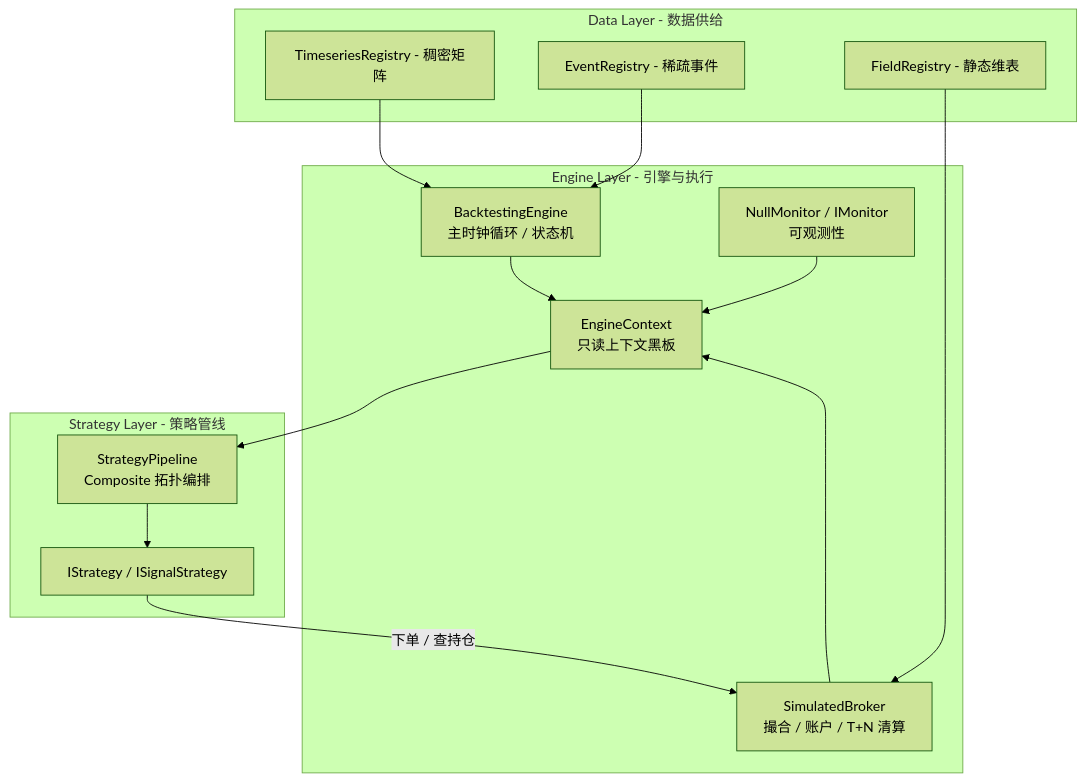
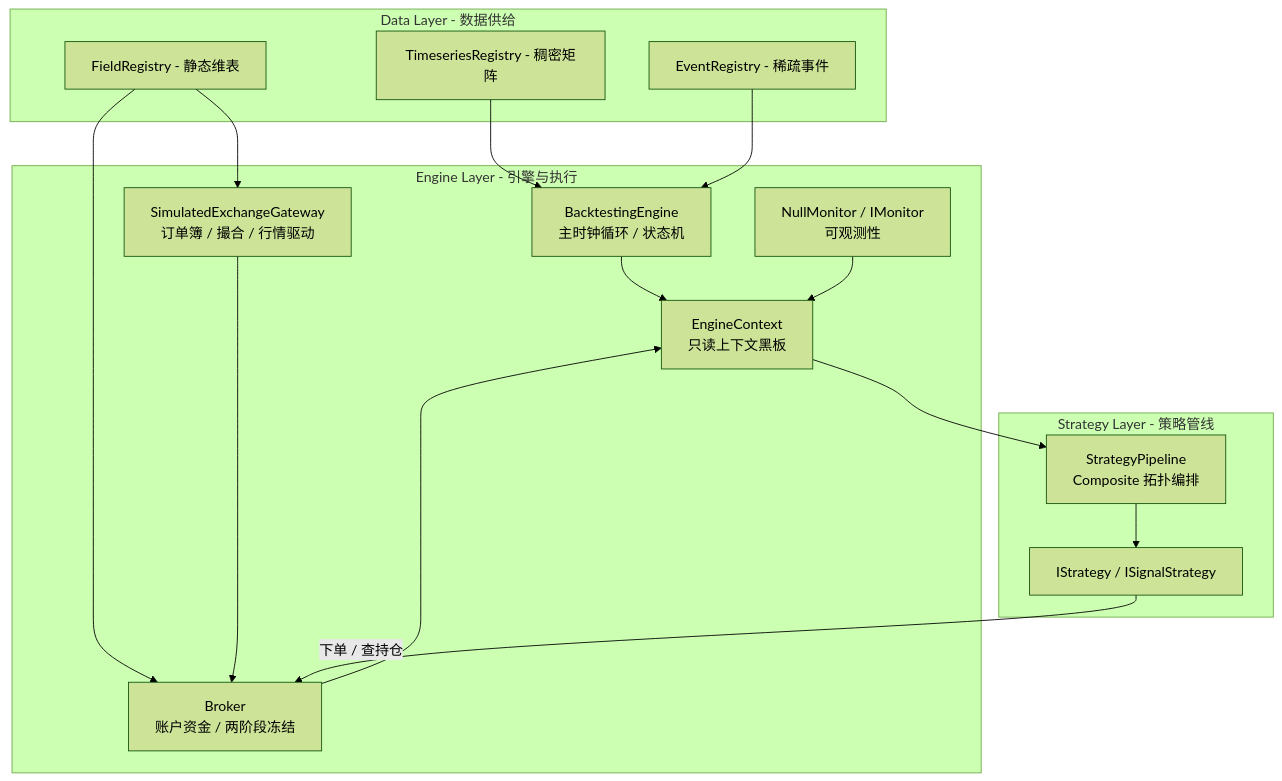
Before and after one commit to CRThu/CarrotQuant.Net: the first of 2 diagrams in docs/engine.md, drawn with Mermaid (forest theme). The commit also changed other lines of this file and 26 other files, not shown here.

````diff
--- a/docs/engine.md
+++ b/docs/engine.md
@@ -18,30 +18,33 @@
 ```mermaid
 graph TD
     subgraph DataLayer [Data Layer - 数据供给]
         TR[TimeseriesRegistry - 稠密矩阵]
         ER[EventRegistry - 稀疏事件]
         FR[FieldRegistry - 静态维表]
     end
 
     subgraph EngineLayer [Engine Layer - 引擎与执行]
         Engine[BacktestingEngine<br>主时钟循环 / 状态机]
         Context[EngineContext<br>只读上下文黑板]
-        Broker[SimulatedBroker<br>撮合 / 账户 / T+N 清算]
+        Broker[Broker<br>账户资金 / 两阶段冻结]
+        Gateway[SimulatedExchangeGateway<br>订单簿 / 撮合 / 行情驱动]
         Monitor[NullMonitor / IMonitor<br>可观测性]
     end
 
     subgraph StrategyLayer [Strategy Layer - 策略管线]
         Pipeline[StrategyPipeline<br>Composite 拓扑编排]
         Strategy[IStrategy / ISignalStrategy]
     end
 
     TR --> Engine
     ER --> Engine
     FR --> Broker
+    FR --> Gateway
     Broker --> Context
+    Gateway --> Broker
     Engine --> Context
     Monitor --> Context
     Context --> Pipeline
     Pipeline --> Strategy
     Strategy -->|下单 / 查持仓| Broker
 ```
````
